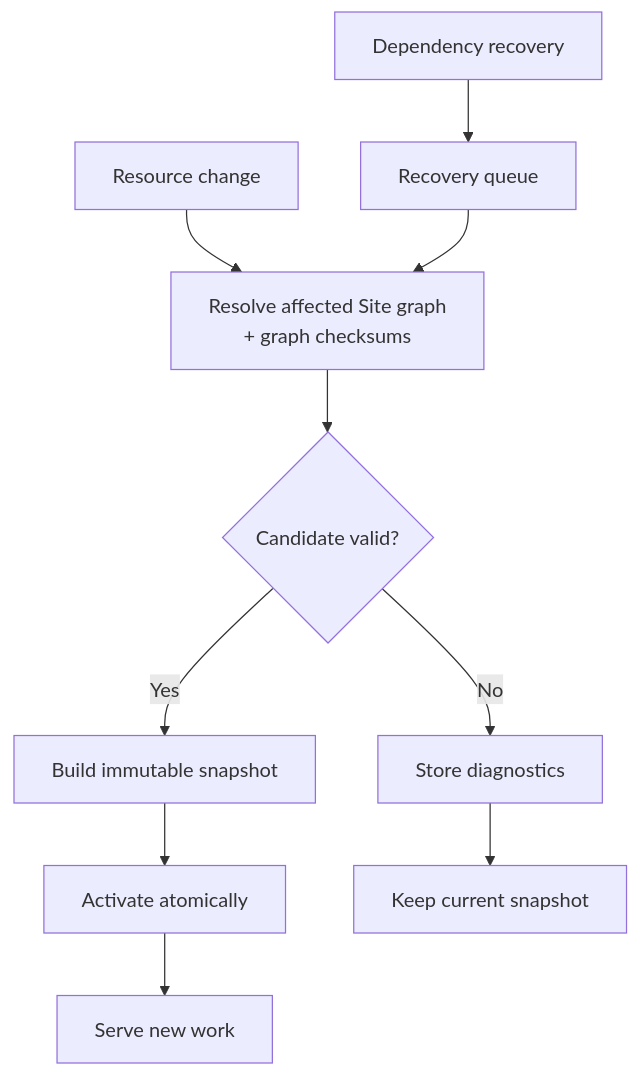
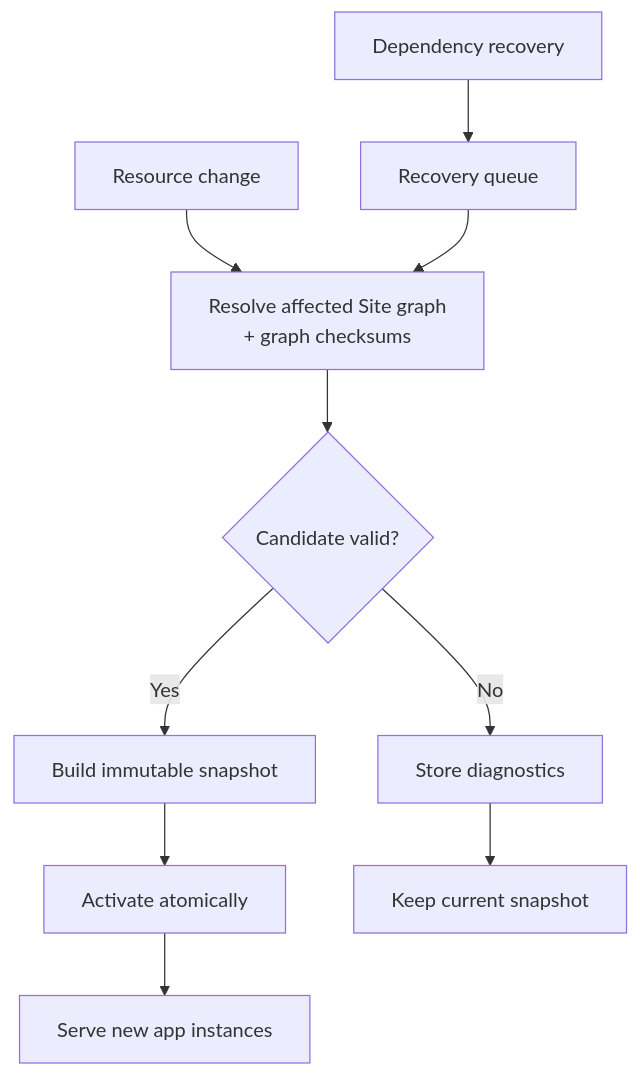
One commit to taskmigo/docs changed the first of 4 diagrams in content/versions/v0/manuals/runtime.mdx. Above: the diagram before and after it, drawn with Mermaid. The commit also changed other lines of this file, not shown here.

````diff
--- a/content/versions/v0/manuals/runtime.mdx
+++ b/content/versions/v0/manuals/runtime.mdx
@@ -10,12 +10,12 @@
 ```mermaid
 flowchart TD
   change["Resource change"] --> resolve["Resolve affected Site graph\n+ graph checksums"]
   recovery["Dependency recovery"] --> queue["Recovery queue"]
   queue --> resolve
   resolve --> validate{"Candidate valid?"}
   validate -->|Yes| build["Build immutable snapshot"]
   build --> activate["Activate atomically"]
   validate -->|No| diagnostics["Store diagnostics"]
   diagnostics --> retain["Keep current snapshot"]
-  activate --> serve["Serve new work"]
+  activate --> serve["Serve new app instances"]
 ```
````
